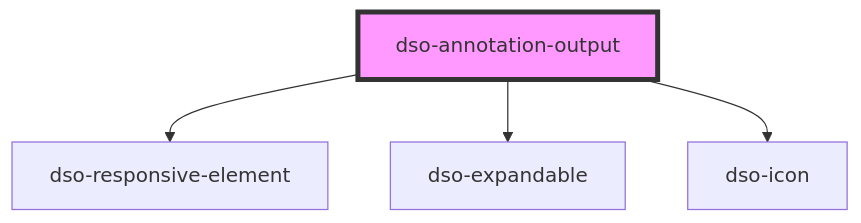
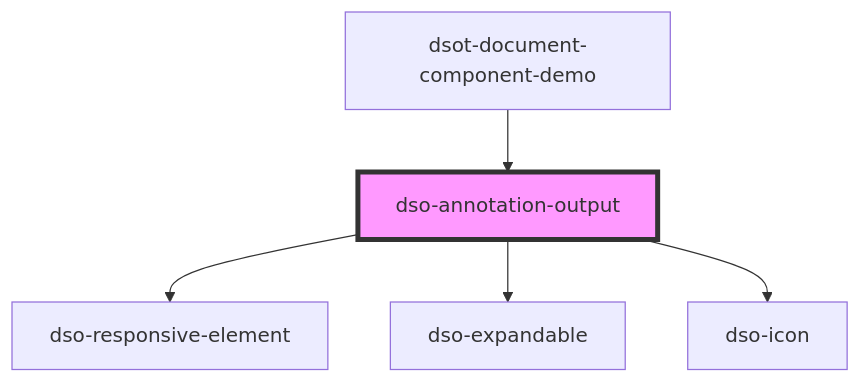
The diagram in packages/core/src/components/annotation-output/readme.md (dso-toolkit/dso-toolkit), drawn with Mermaid before and after one commit. The commit also changed other lines of this file and 93 other files, not shown here.

Commit message:
#2133 [Added] Nieuw component "Document Component".

````diff
--- a/packages/core/src/components/annotation-output/readme.md
+++ b/packages/core/src/components/annotation-output/readme.md
@@ -30,7 +35,8 @@
 ```mermaid
 graph TD;
   dso-annotation-output --> dso-responsive-element
   dso-annotation-output --> dso-expandable
   dso-annotation-output --> dso-icon
+  dsot-document-component-demo --> dso-annotation-output
   style dso-annotation-output fill:#f9f,stroke:#333,stroke-width:4px
 ```
````
